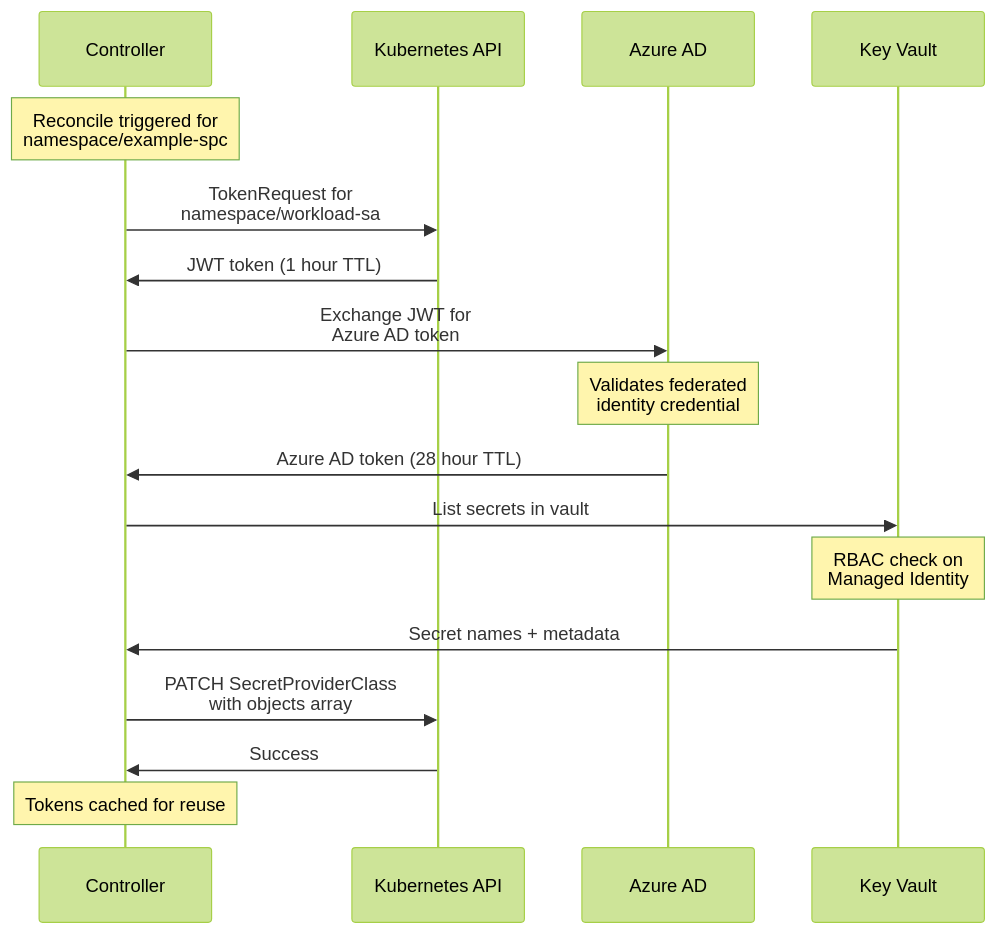
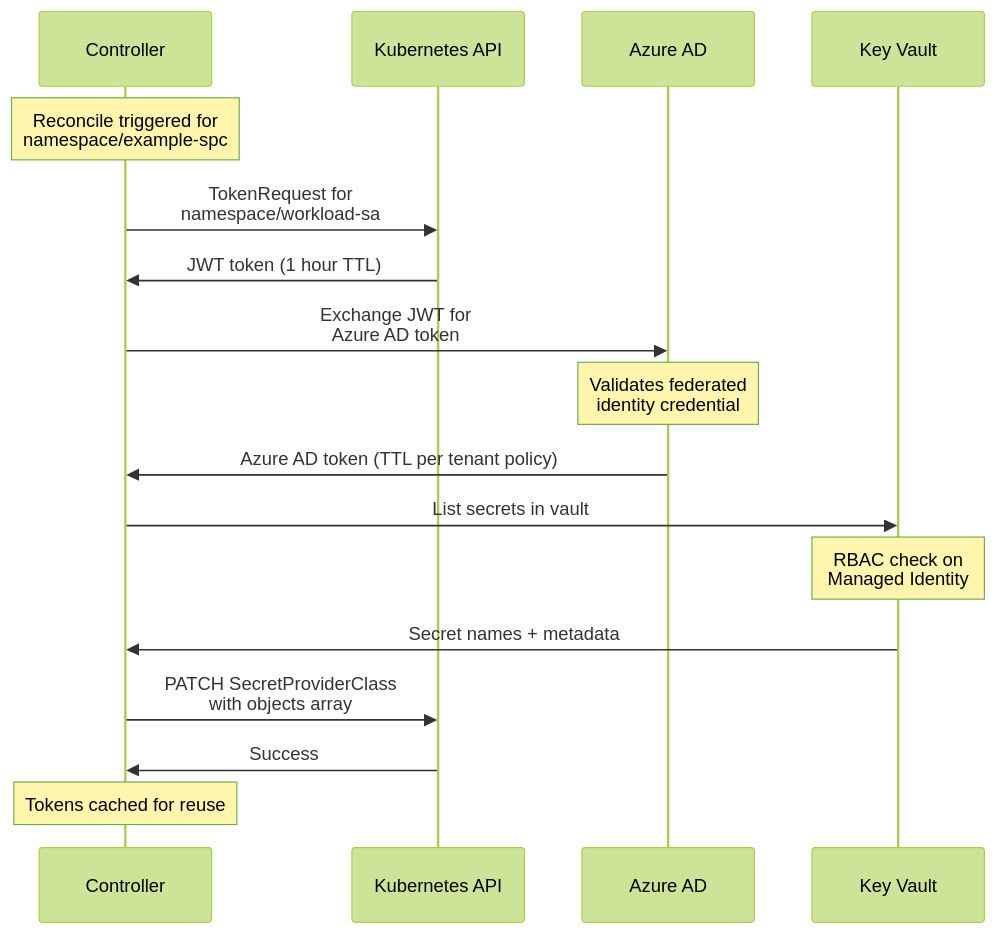
Before and after one commit to jeanhaley32/azure-keyvault-sync-controller: the second of 3 diagrams in README.md, drawn with Mermaid (forest theme). The commit also changed other lines of this file, not shown here.

````diff
--- a/README.md
+++ b/README.md
@@ -356,25 +356,25 @@
 ```mermaid
 sequenceDiagram
     participant C as Controller
     participant K8s as Kubernetes API
     participant Azure as Azure AD
     participant KV as Key Vault
 
     Note over C: Reconcile triggered for<br/>namespace/example-spc
 
     C->>K8s: TokenRequest for<br/>namespace/workload-sa
     K8s->>C: JWT token (1 hour TTL)
 
     C->>Azure: Exchange JWT for<br/>Azure AD token
     Note over Azure: Validates federated<br/>identity credential
-    Azure->>C: Azure AD token (28 hour TTL)
+    Azure->>C: Azure AD token (TTL per tenant policy)
 
     C->>KV: List secrets in vault
     Note over KV: RBAC check on<br/>Managed Identity
     KV->>C: Secret names + metadata
 
     C->>K8s: PATCH SecretProviderClass<br/>with objects array
     K8s->>C: Success
 
     Note over C: Tokens cached for reuse
 ```
````
